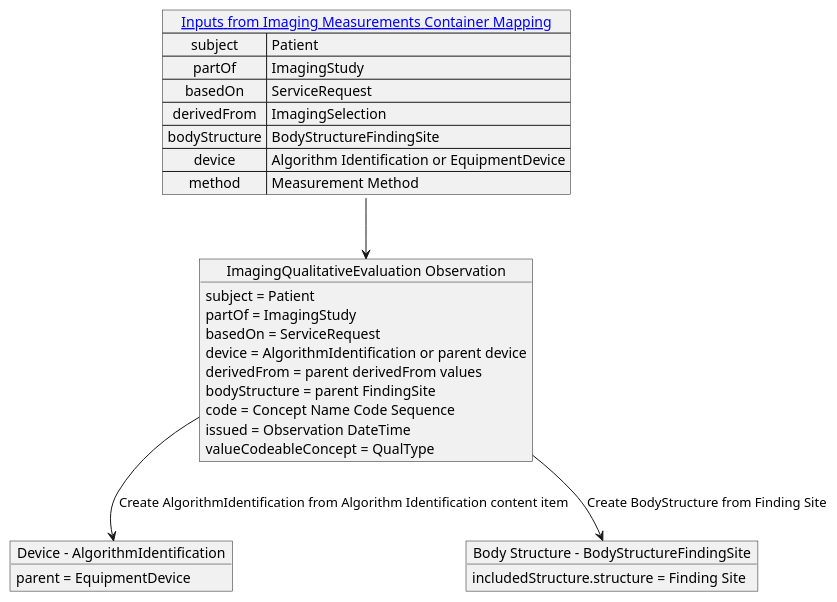
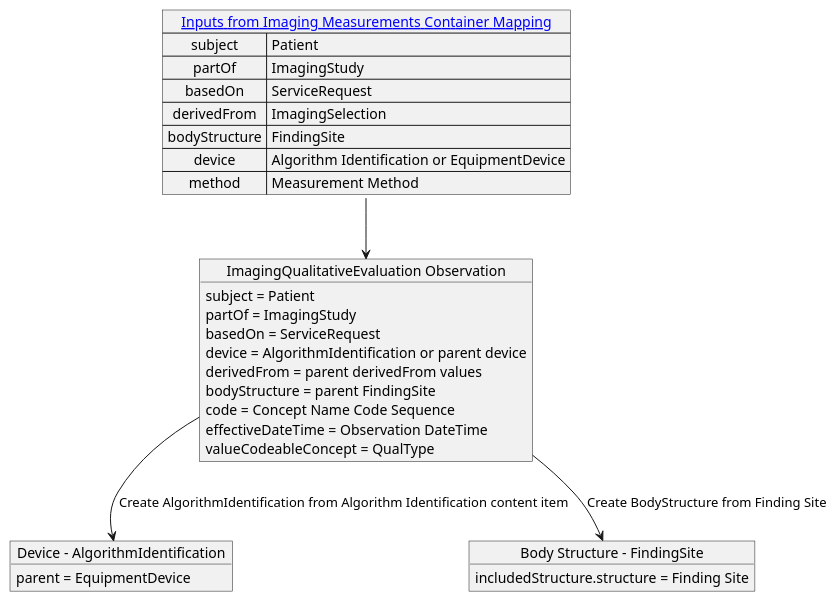
One commit to HL7/dicom-sr changed the diagram in input/images-source/4_7_imaging_qualitative_evaluation_mapping.plantuml. Above: the diagram before and after it, drawn with PlantUML. The commit also changed 53 other files, not shown here.

```diff
--- a/input/images-source/4_7_imaging_qualitative_evaluation_mapping.plantuml
+++ b/input/images-source/4_7_imaging_qualitative_evaluation_mapping.plantuml
@@ -1,39 +1,39 @@
 @startuml imaging_qualitative_evaluation_mapping
 
 map "[[mapping.html#imaging-measurements-container-mapping Inputs from Imaging Measurements Container Mapping]]" as inputs {
    subject => Patient
    partOf => ImagingStudy
    basedOn => ServiceRequest
    derivedFrom => ImagingSelection
-   bodyStructure => BodyStructureFindingSite
+   bodyStructure => FindingSite
    device => Algorithm Identification or EquipmentDevice
    method => Measurement Method
 }
 
 object "Device - AlgorithmIdentification" as AlgorithmIdentification {
     parent = EquipmentDevice
 }
 
-object "Body Structure - BodyStructureFindingSite" as BodyStructureFindingSite {
+object "Body Structure - FindingSite" as FindingSite {
     includedStructure.structure = Finding Site
 }
 
 object "ImagingQualitativeEvaluation Observation" as imagingQualitativeEvaluation {
     subject = Patient
     partOf = ImagingStudy
     basedOn = ServiceRequest
     device = AlgorithmIdentification or parent device
     derivedFrom = parent derivedFrom values
     bodyStructure = parent FindingSite
     code = Concept Name Code Sequence
-    issued = Observation DateTime
+    effectiveDateTime = Observation DateTime
     valueCodeableConcept = QualType
 }
 
 imagingQualitativeEvaluation --> AlgorithmIdentification: Create AlgorithmIdentification from Algorithm Identification content item
-imagingQualitativeEvaluation --> BodyStructureFindingSite: Create BodyStructure from Finding Site
+imagingQualitativeEvaluation --> FindingSite: Create BodyStructure from Finding Site
 
 inputs --> imagingQualitativeEvaluation
 
 
 @enduml
```
